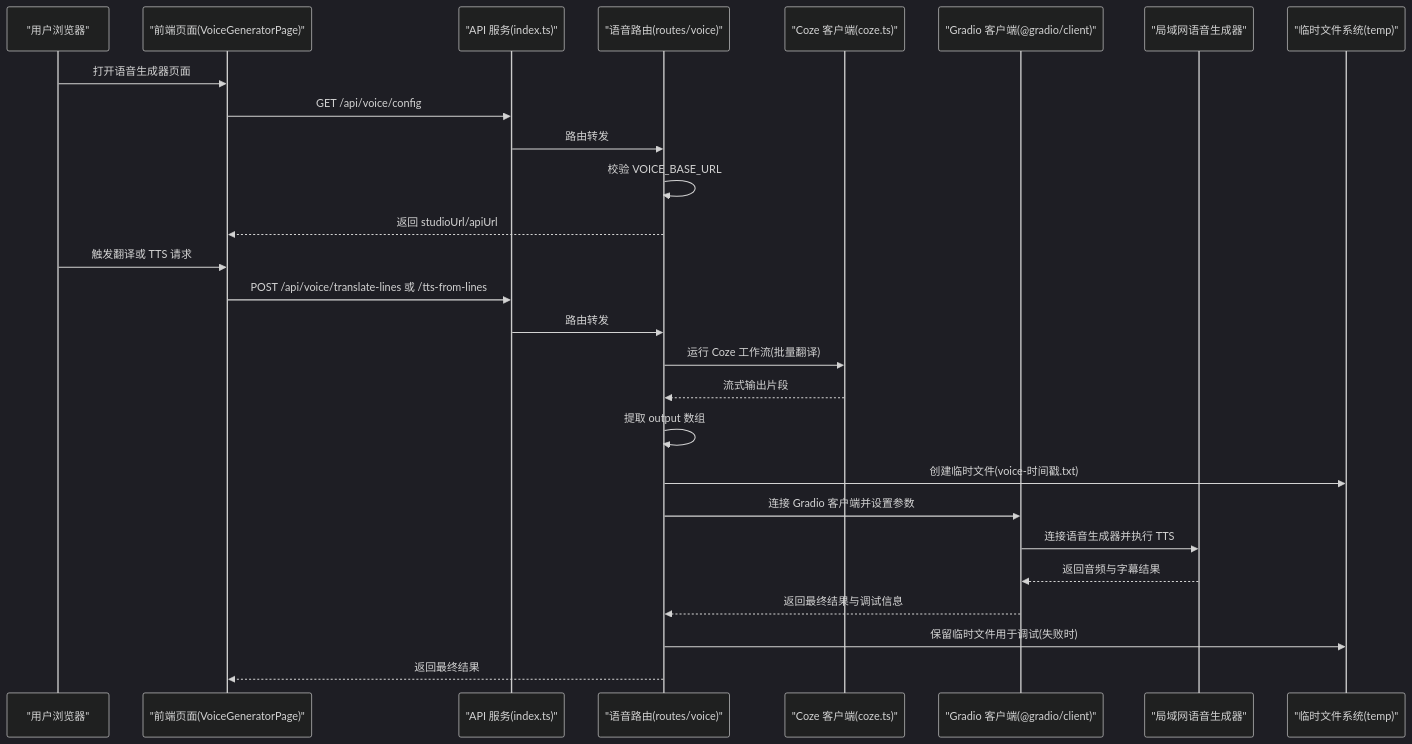
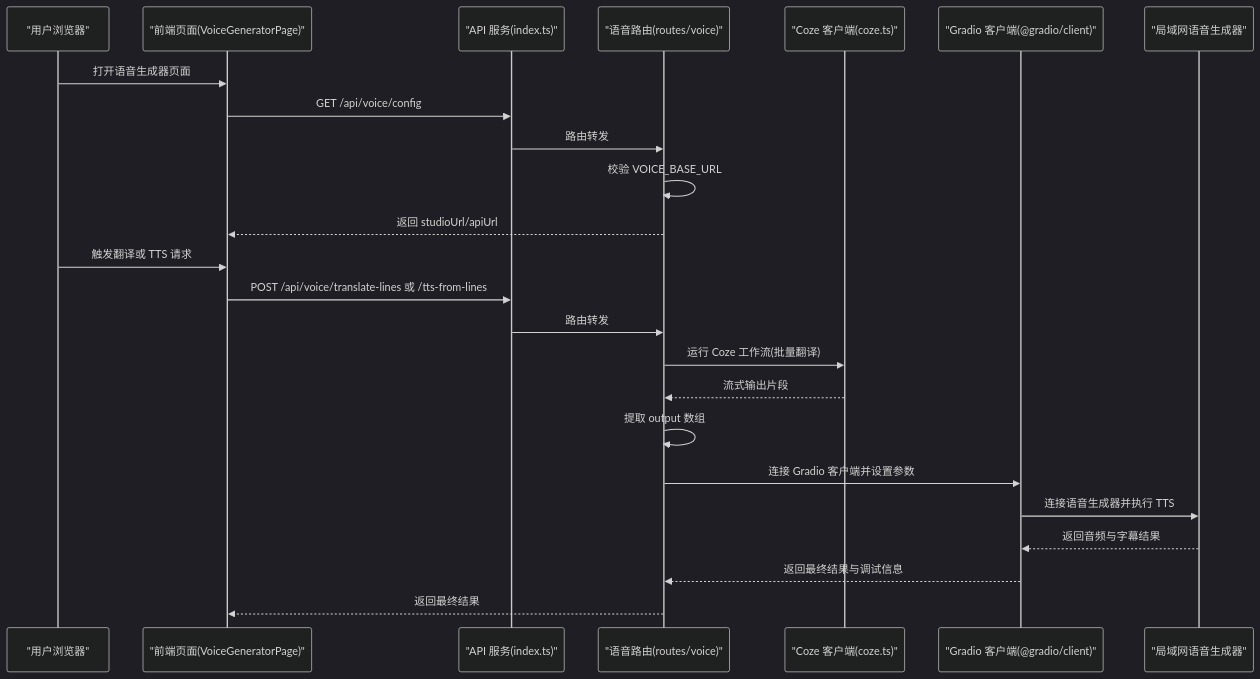
One commit to hanksd769-droid/sailshub changed the second of 4 diagrams in .qoder/repowiki/zh/content/语音生成系统.md. Above: the diagram before and after it, drawn with Mermaid (dark theme). The commit also changed other lines of this file and 3 other files, not shown here.

````diff
--- a/.qoder/repowiki/zh/content/语音生成系统.md
+++ b/.qoder/repowiki/zh/content/语音生成系统.md
@@ -139,29 +132,26 @@
 ```mermaid
 sequenceDiagram
 participant U as "用户浏览器"
 participant W as "前端页面(VoiceGeneratorPage)"
 participant A as "API 服务(index.ts)"
 participant V as "语音路由(routes/voice)"
 participant C as "Coze 客户端(coze.ts)"
 participant G as "Gradio 客户端(@gradio/client)"
 participant S as "局域网语音生成器"
-participant T as "临时文件系统(temp)"
 U->>W : 打开语音生成器页面
 W->>A : GET /api/voice/config
 A->>V : 路由转发
 V->>V : 校验 VOICE_BASE_URL
 V-->>W : 返回 studioUrl/apiUrl
 U->>W : 触发翻译或 TTS 请求
 W->>A : POST /api/voice/translate-lines 或 /tts-from-lines
 A->>V : 路由转发
 V->>C : 运行 Coze 工作流(批量翻译)
 C-->>V : 流式输出片段
 V->>V : 提取 output 数组
-V->>T : 创建临时文件(voice-时间戳.txt)
 V->>G : 连接 Gradio 客户端并设置参数
 G->>S : 连接语音生成器并执行 TTS
 S-->>G : 返回音频与字幕结果
 G-->>V : 返回最终结果与调试信息
-V->>T : 保留临时文件用于调试(失败时)
 V-->>W : 返回最终结果
 ```
````
